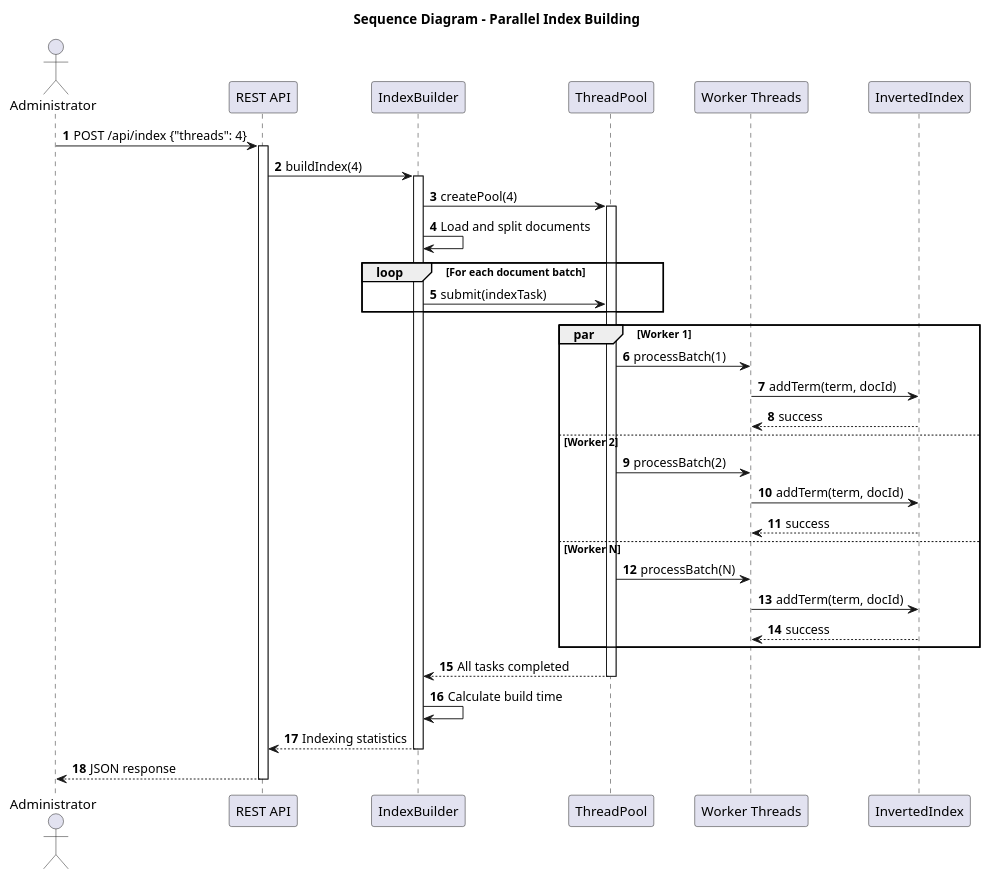
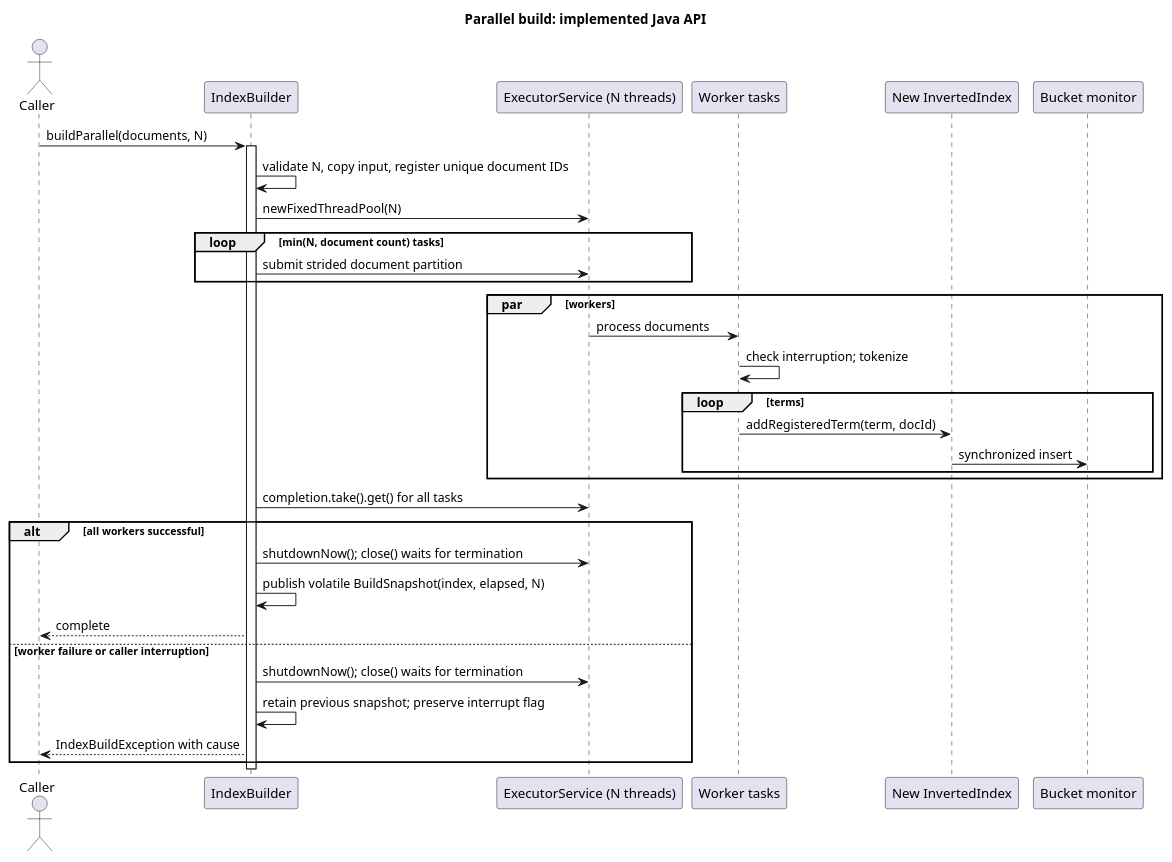
One commit to bebroidrur/Coursework_Parallel_Computing changed the diagram in diagrams/sequence_diagram.puml. Above: the diagram before and after it, drawn with PlantUML. The commit also changed 153 other files, not shown here.

Commit message:
Complete coursework implementation with parallel indexing and Docker deployment

```diff
--- a/diagrams/sequence_diagram.puml
+++ b/diagrams/sequence_diagram.puml
@@ -1,51 +1,35 @@
 @startuml
-title Sequence Diagram - Parallel Index Building
-
-autonumber
-
-actor Administrator
-participant "REST API" as API
-participant "IndexBuilder" as Builder
-participant "ThreadPool" as Pool
-participant "Worker Threads" as Workers
-participant "InvertedIndex" as Index
-
-Administrator -> API: POST /api/index {"threads": 4}
-activate API
-
-API -> Builder: buildIndex(4)
+title Parallel build: implemented Java API
+actor Caller
+participant IndexBuilder as Builder
+participant "ExecutorService (N threads)" as Pool
+participant "Worker tasks" as Workers
+participant "New InvertedIndex" as Index
+participant "Bucket monitor" as Bucket
+Caller -> Builder: buildParallel(documents, N)
 activate Builder
-
-Builder -> Pool: createPool(4)
-activate Pool
-
-Builder -> Builder: Load and split documents
-
-loop For each document batch
-    Builder -> Pool: submit(indexTask)
+Builder -> Builder: validate N, copy input, register unique document IDs
+Builder -> Pool: newFixedThreadPool(N)
+loop min(N, document count) tasks
+ Builder -> Pool: submit strided document partition
 end
-
-par Worker 1
-    Pool -> Workers: processBatch(1)
-    Workers -> Index: addTerm(term, docId)
-    Index --> Workers: success
-else Worker 2
-    Pool -> Workers: processBatch(2)
-    Workers -> Index: addTerm(term, docId)
-    Index --> Workers: success
-else Worker N
-    Pool -> Workers: processBatch(N)
-    Workers -> Index: addTerm(term, docId)
-    Index --> Workers: success
+par workers
+ Pool -> Workers: process documents
+ Workers -> Workers: check interruption; tokenize
+ loop terms
+  Workers -> Index: addRegisteredTerm(term, docId)
+  Index -> Bucket: synchronized insert
+ end
 end
-
-Pool --> Builder: All tasks completed
-deactivate Pool
-
-Builder -> Builder: Calculate build time
-Builder --> API: Indexing statistics
+Builder -> Pool: completion.take().get() for all tasks
+alt all workers successful
+ Builder -> Pool: shutdownNow(); close() waits for termination
+ Builder -> Builder: publish volatile BuildSnapshot(index, elapsed, N)
+ Builder --> Caller: complete
+else worker failure or caller interruption
+ Builder -> Pool: shutdownNow(); close() waits for termination
+ Builder -> Builder: retain previous snapshot; preserve interrupt flag
+ Builder --> Caller: IndexBuildException with cause
+end
 deactivate Builder
-
-API --> Administrator: JSON response
-deactivate API
 @enduml
```
